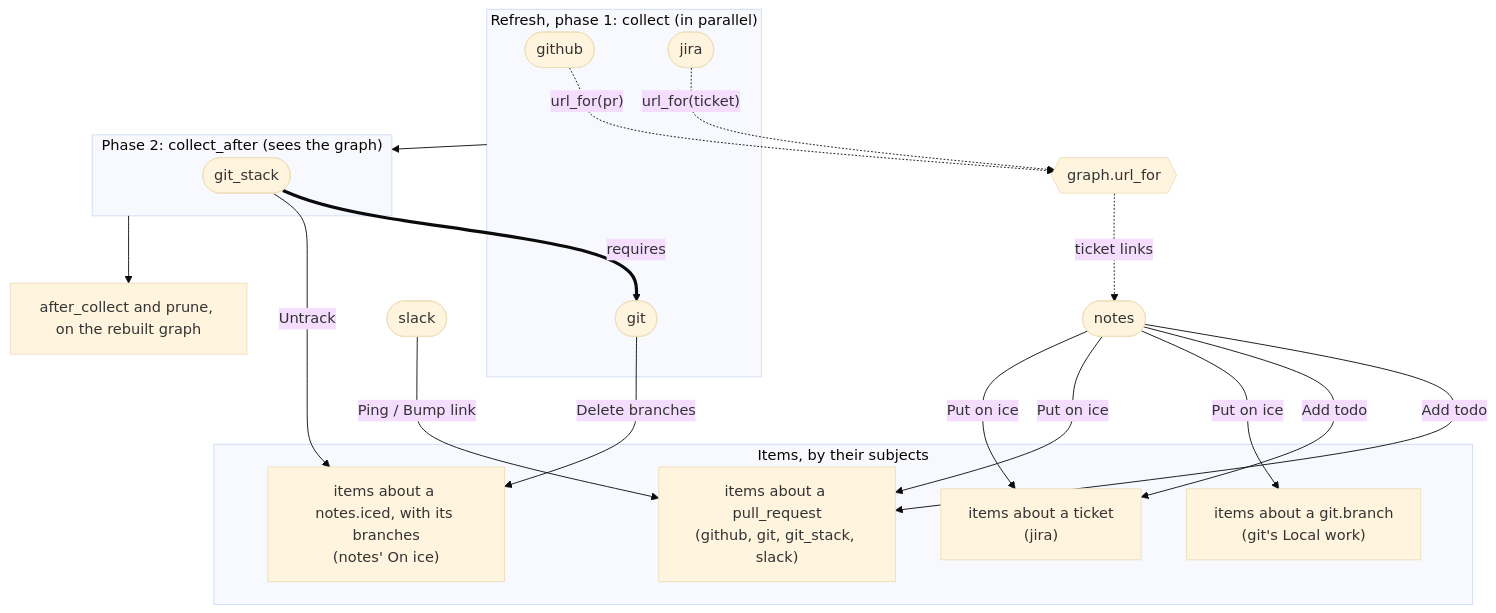
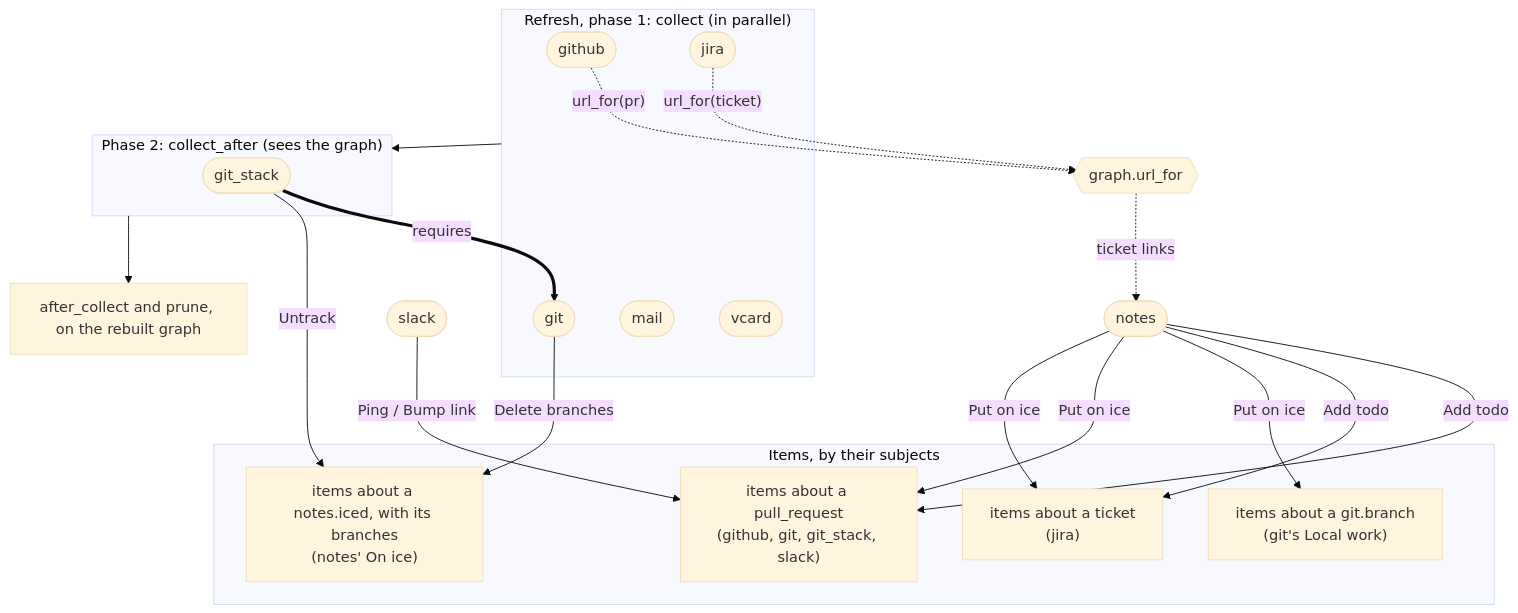
One commit to benekastah/move-forward changed the second of 2 diagrams in docs/plugins.md. Above: the diagram before and after it, drawn with Mermaid (base theme). The commit also changed other lines of this file and 11 other files, not shown here.

````diff
--- a/docs/plugins.md
+++ b/docs/plugins.md
@@ -81,34 +82,36 @@
 ```mermaid
 flowchart TB
     subgraph Phase1["Refresh, phase 1: collect (in parallel)"]
         github([github])
         git([git])
         jira([jira])
+        mail([mail])
+        vcard([vcard])
     end
     subgraph Phase2["Phase 2: collect_after (sees the graph)"]
         git_stack([git_stack])
     end
     Phase1 --> Phase2
     Phase2 --> after["after_collect and prune, on the rebuilt graph"]
 
     git_stack == "requires" ==> git
 
     subgraph Items["Items, by their subjects"]
         prItems["items about a pull_request<br/>(github, git, git_stack, slack)"]
         ticketItems["items about a ticket<br/>(jira)"]
         branchItems["items about a git.branch<br/>(git's Local work)"]
         icedItems["items about a notes.iced, with its branches<br/>(notes' On ice)"]
     end
     slack([slack]) -- "Ping / Bump link" --> prItems
     notes([notes]) -- "Add todo" --> prItems
     notes -- "Add todo" --> ticketItems
     notes -- "Put on ice" --> branchItems
     notes -- "Put on ice" --> prItems
     notes -- "Put on ice" --> ticketItems
     git -- "Delete branches" --> icedItems
     git_stack -- "Untrack" --> icedItems
 
     github -. "url_for(pr)" .-> urls{{graph.url_for}}
     jira -. "url_for(ticket)" .-> urls
     urls -. "ticket links" .-> notes
 ```
````
